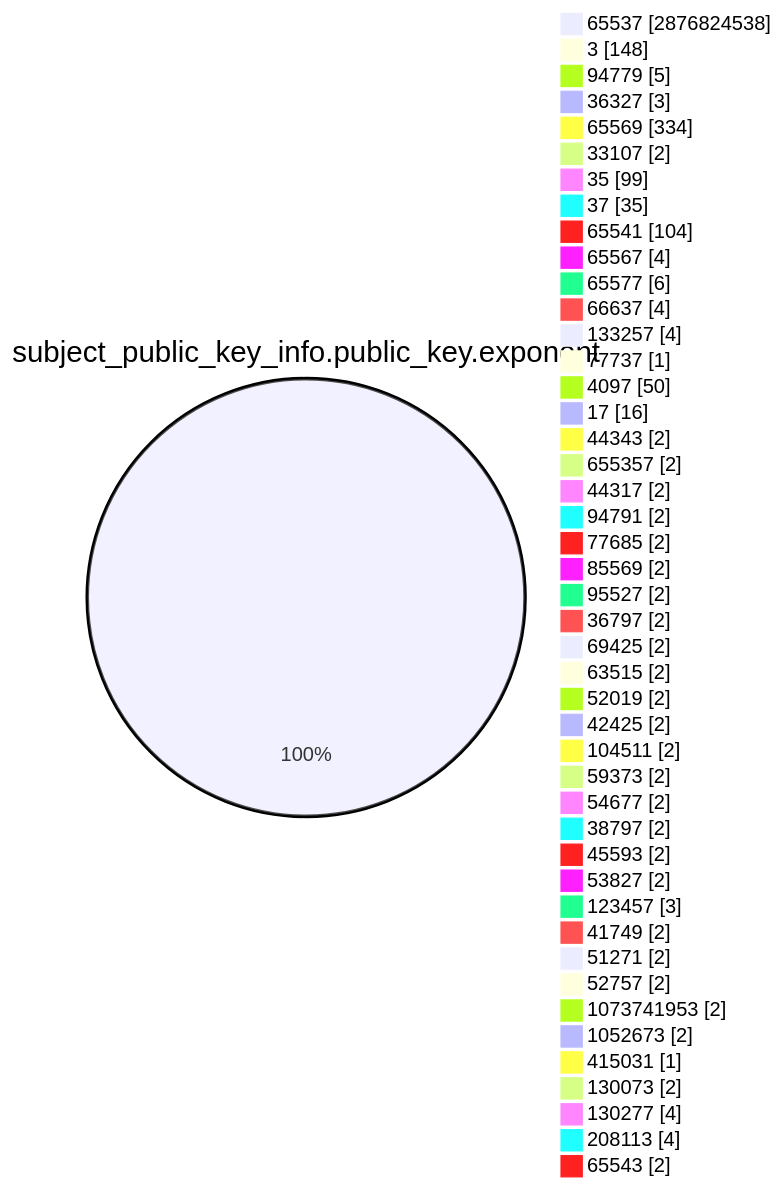
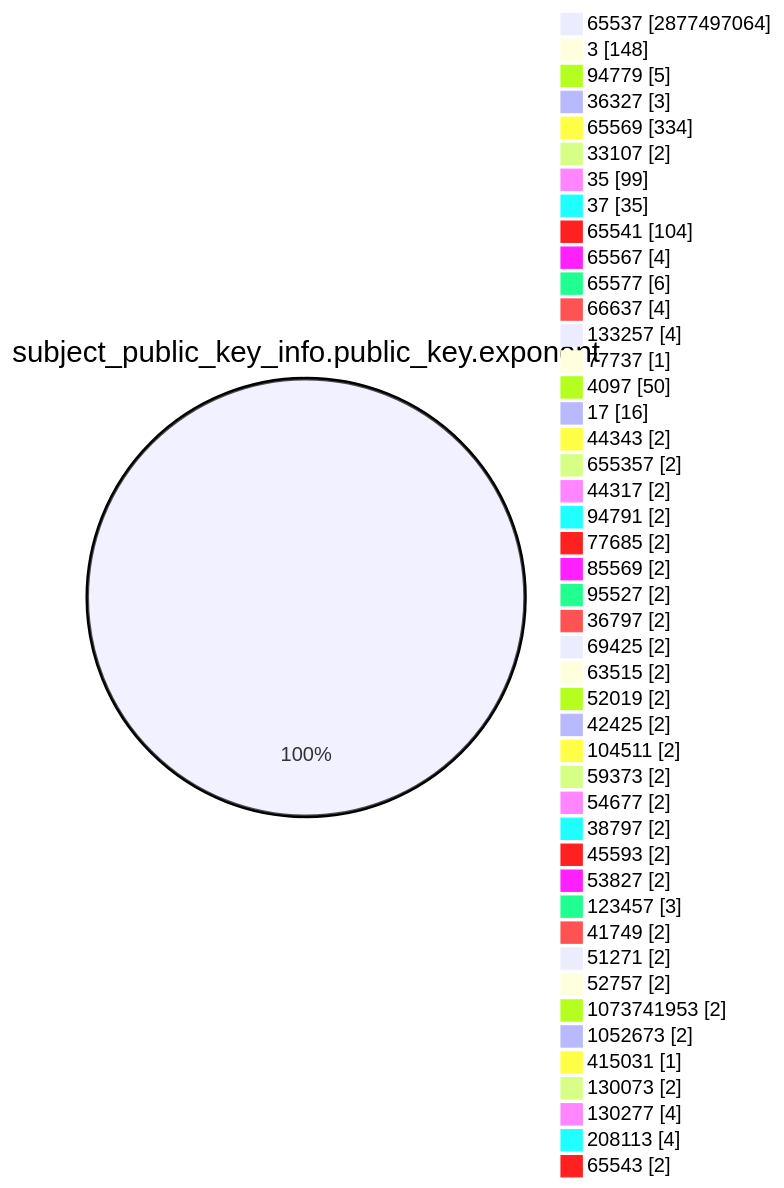
The fourth of 15 diagrams in TOTAL/README.md (christiankrug/ctmonitor_visualization), drawn with Mermaid before and after one commit. The commit also changed other lines of this file, not shown here.

````diff
--- a/TOTAL/README.md
+++ b/TOTAL/README.md
@@ -1468,49 +1468,49 @@
 ```mermaid
 pie showData
 title subject_public_key_info.public_key.exponent
-"65537" :2876824538
+"65537" :2877497064
 "3" :148
 "94779" :5
 "36327" :3
 "65569" :334
 "33107" :2
 "35" :99
 "37" :35
 "65541" :104
 "65567" :4
 "65577" :6
 "66637" :4
 "133257" :4
 "77737" :1
 "4097" :50
 "17" :16
 "44343" :2
 "655357" :2
 "44317" :2
 "94791" :2
 "77685" :2
 "85569" :2
 "95527" :2
 "36797" :2
 "69425" :2
 "63515" :2
 "52019" :2
 "42425" :2
 "104511" :2
 "59373" :2
 "54677" :2
 "38797" :2
 "45593" :2
 "53827" :2
 "123457" :3
 "41749" :2
 "51271" :2
 "52757" :2
 "1073741953" :2
 "1052673" :2
 "415031" :1
 "130073" :2
 "130277" :4
 "208113" :4
 "65543" :2
 ```
````
